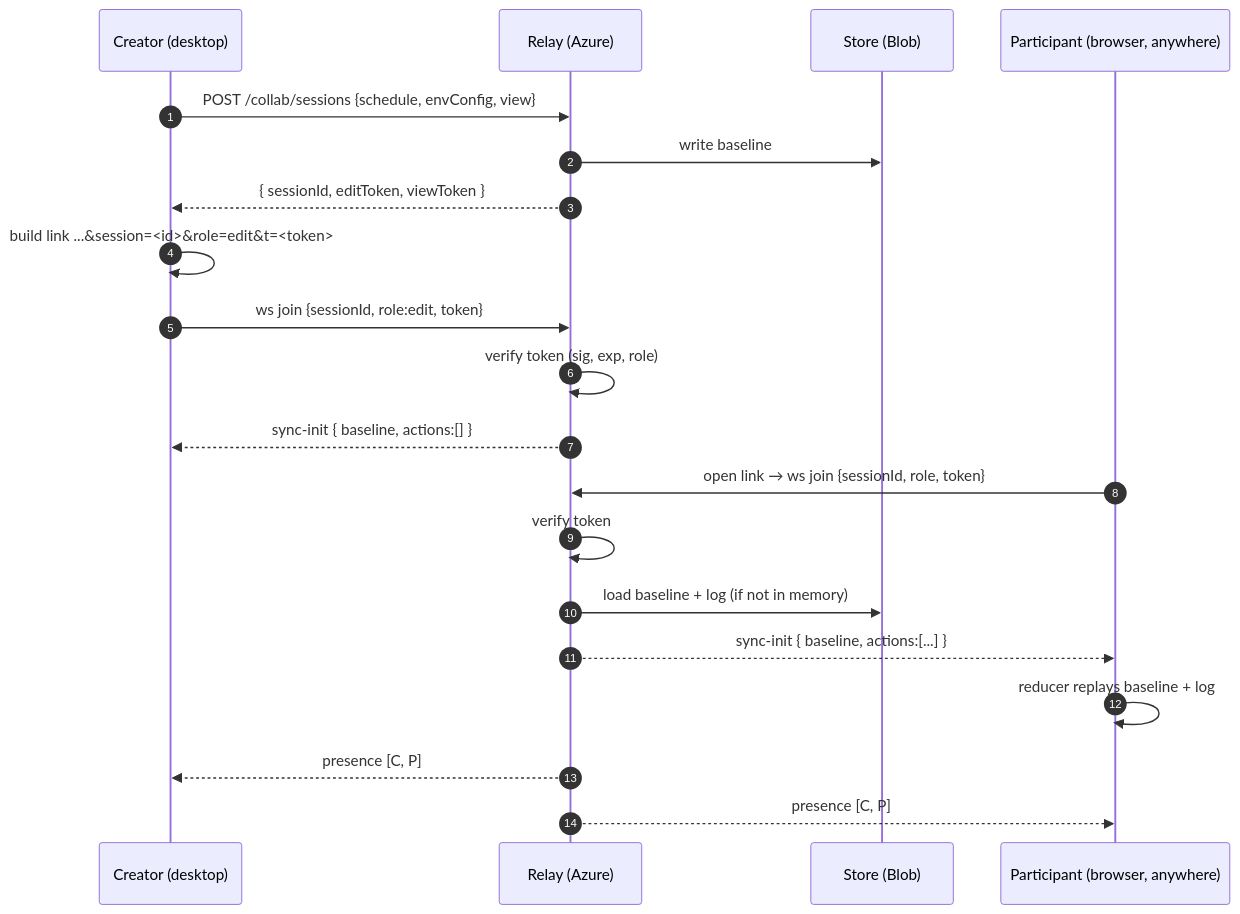
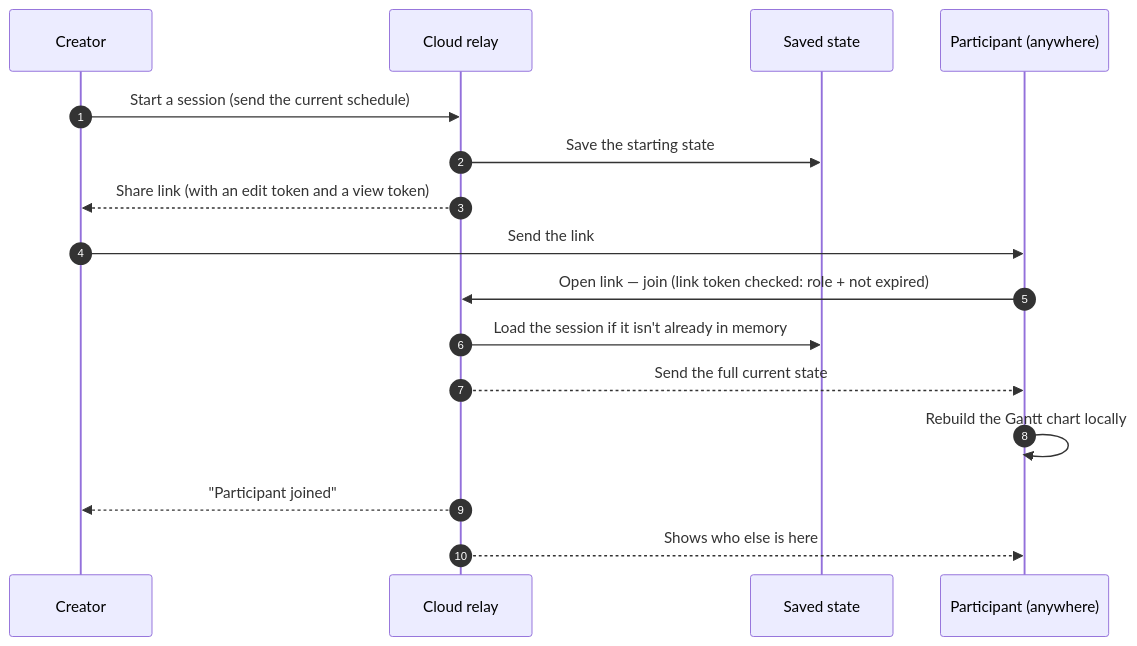
Before and after one commit to WhiTeXCharGe/TF_Testing: the fifth of 9 diagrams in GanttChartEditor/GanttChartEditor_OnlineCollabAzure_Presentation20260904.md, drawn with Mermaid. The commit also changed other lines of this file and 1 other file, not shown here.

First line of the commit message:
Rewrite online-collab Azure presentation for a non-technical audience; add JP version

````diff
--- a/GanttChartEditor/GanttChartEditor_OnlineCollabAzure_Presentation20260904.md
+++ b/GanttChartEditor/GanttChartEditor_OnlineCollabAzure_Presentation20260904.md
@@ -136,25 +133,20 @@
 ```mermaid
 sequenceDiagram
   autonumber
-  participant C as Creator (desktop)
-  participant R as Relay (Azure)
-  participant BL as Store (Blob)
-  participant P as Participant (browser, anywhere)
+  participant C as Creator
+  participant R as Cloud relay
+  participant ST as Saved state
+  participant P as Participant (anywhere)
 
-  C->>R: POST /collab/sessions {schedule, envConfig, view}
-  R->>BL: write baseline
-  R-->>C: { sessionId, editToken, viewToken }
-  C->>C: build link  ...&session=<id>&role=edit&t=<token>
+  C->>R: Start a session (send the current schedule)
+  R->>ST: Save the starting state
+  R-->>C: Share link (with an edit token and a view token)
 
-  C->>R: ws join {sessionId, role:edit, token}
-  R->>R: verify token (sig, exp, role)
-  R-->>C: sync-init { baseline, actions:[] }
-
-  P->>R: open link → ws join {sessionId, role, token}
-  R->>R: verify token
-  R->>BL: load baseline + log (if not in memory)
-  R-->>P: sync-init { baseline, actions:[...] }
-  P->>P: reducer replays baseline + log
-  R-->>C: presence [C, P]
-  R-->>P: presence [C, P]
+  C->>P: Send the link
+  P->>R: Open link — join (link token checked: role + not expired)
+  R->>ST: Load the session if it isn't already in memory
+  R-->>P: Send the full current state
+  P->>P: Rebuild the Gantt chart locally
+  R-->>C: "Participant joined"
+  R-->>P: Shows who else is here
 ```
````
